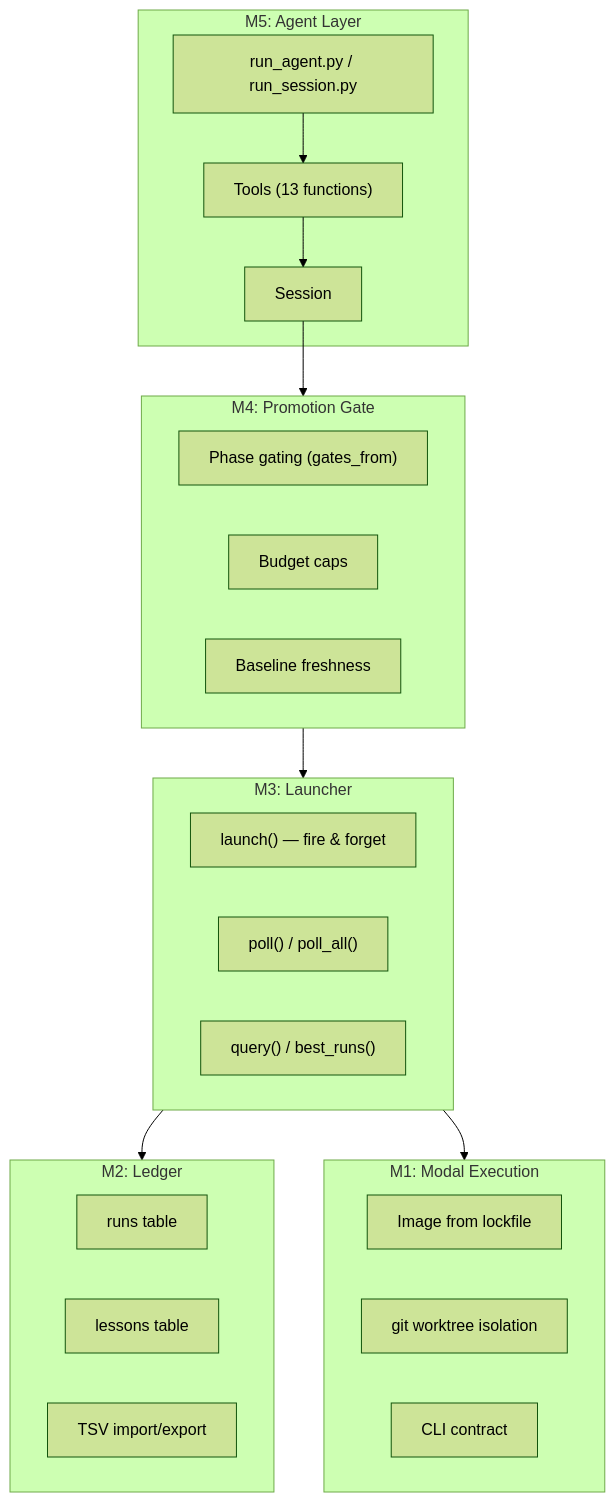
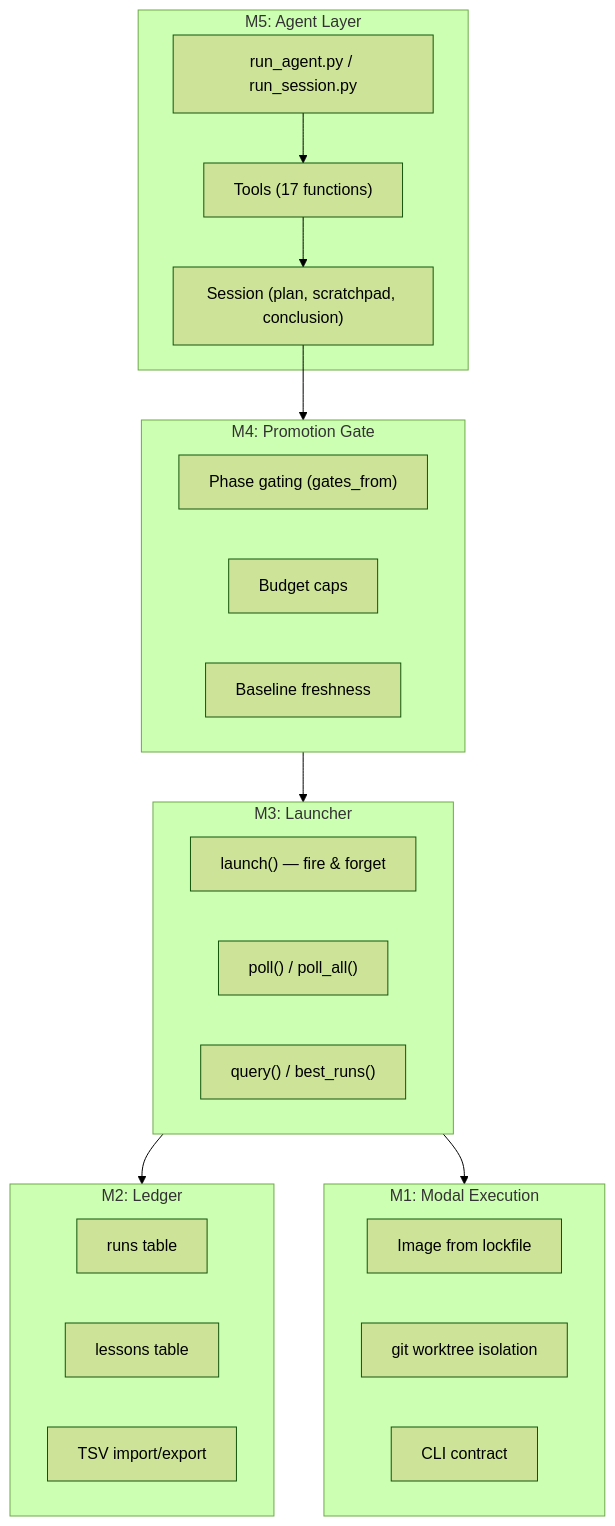
One commit to approximatelylinear/modal-autoresearch changed the third of 4 diagrams in README.md. Above: the diagram before and after it, drawn with Mermaid (forest theme). The commit also changed other lines of this file, not shown here.

````diff
--- a/README.md
+++ b/README.md
@@ -67,37 +171,37 @@
 ```mermaid
 graph TB
     subgraph M5["M5: Agent Layer"]
-        session["Session"]
-        tools["Tools (13 functions)"]
+        session["Session (plan, scratchpad, conclusion)"]
+        tools["Tools (17 functions)"]
         agent["run_agent.py / run_session.py"]
     end
 
     subgraph M4["M4: Promotion Gate"]
         phase_gate["Phase gating (gates_from)"]
         budget["Budget caps"]
         baseline["Baseline freshness"]
     end
 
     subgraph M3["M3: Launcher"]
         launch["launch() — fire & forget"]
         poll["poll() / poll_all()"]
         query["query() / best_runs()"]
     end
 
     subgraph M2["M2: Ledger"]
         runs["runs table"]
         lessons["lessons table"]
         tsv["TSV import/export"]
     end
 
     subgraph M1["M1: Modal Execution"]
         image["Image from lockfile"]
         worktree["git worktree isolation"]
         cli_contract["CLI contract"]
     end
 
     agent --> tools --> session
     session --> M4 --> M3
     M3 --> M2
     M3 --> M1
 ```
````
